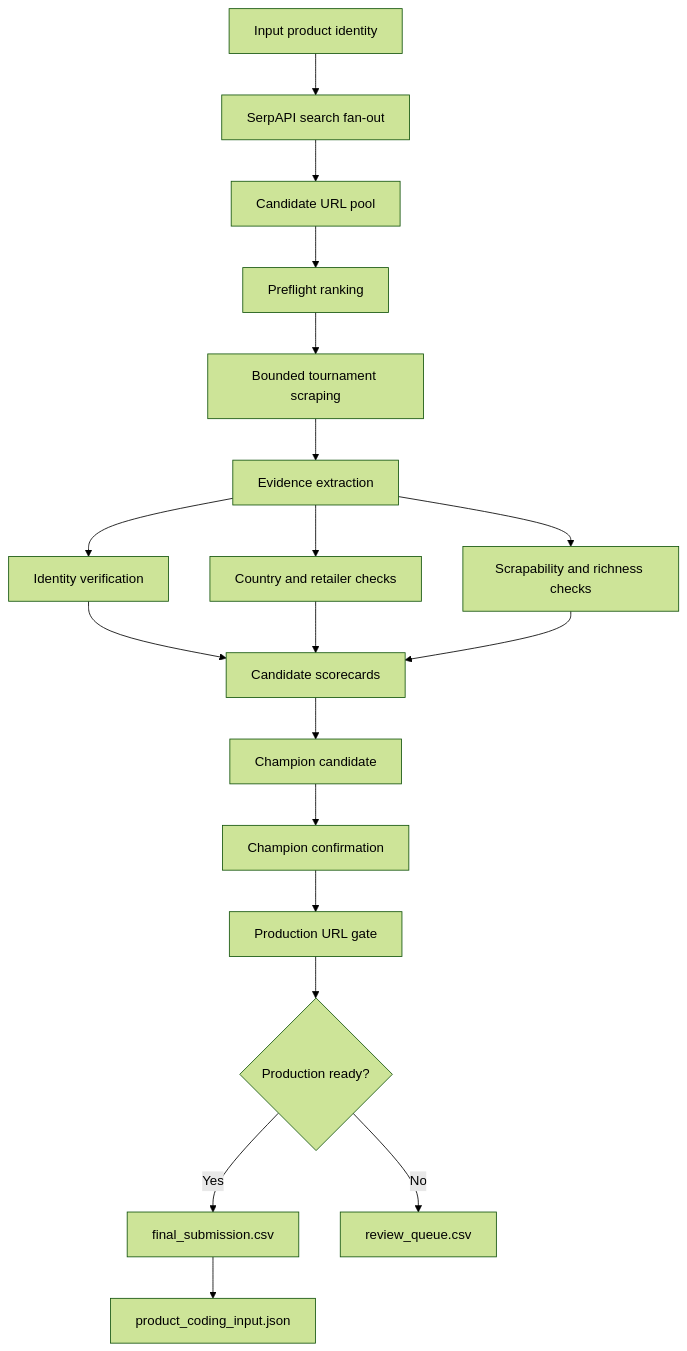
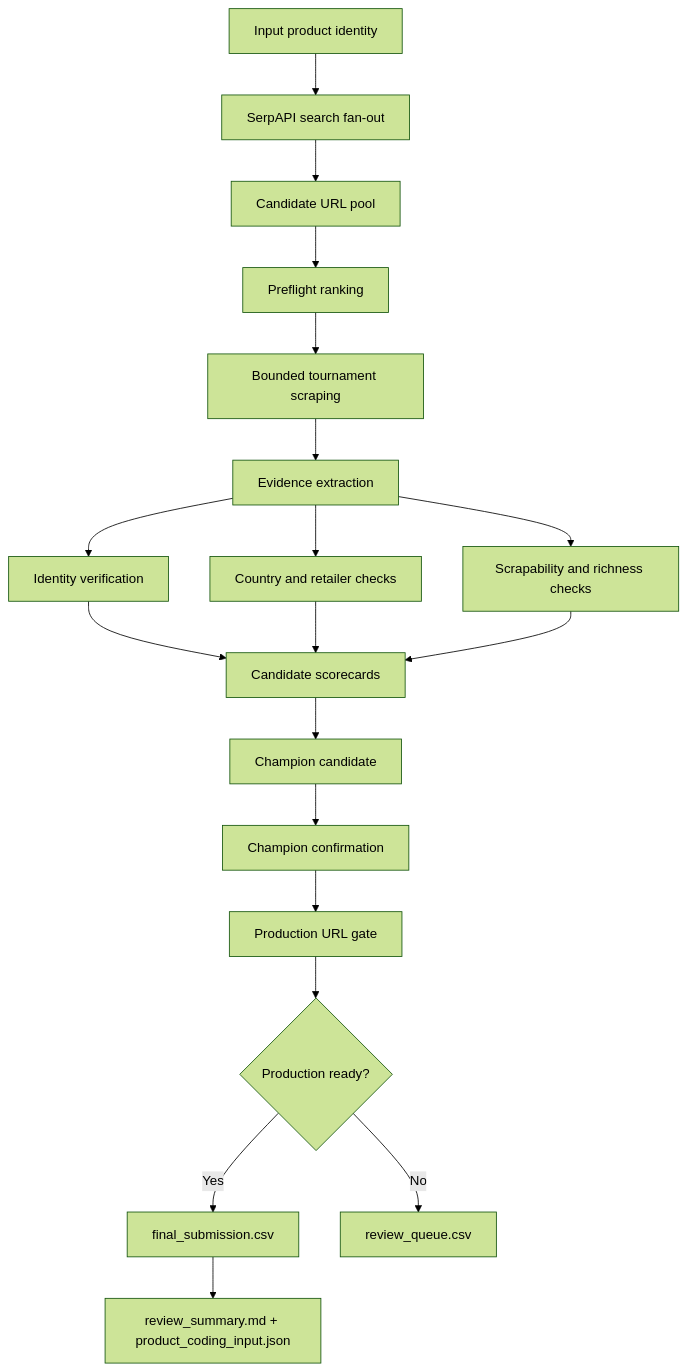
The second of 3 diagrams in README.md (Akilankm/web_search_tool), drawn with Mermaid (forest theme) before and after one commit. The commit also changed other lines of this file, not shown here.

Commit message:
Document concise default review artifacts

````diff
--- a/README.md
+++ b/README.md
@@ -49,21 +49,21 @@
 ```mermaid
 flowchart TD
     A[Input product identity] --> B[SerpAPI search fan-out]
     B --> C[Candidate URL pool]
     C --> D[Preflight ranking]
     D --> E[Bounded tournament scraping]
     E --> F[Evidence extraction]
     F --> G[Identity verification]
     F --> H[Country and retailer checks]
     F --> I[Scrapability and richness checks]
     G --> J[Candidate scorecards]
     H --> J
     I --> J
     J --> K[Champion candidate]
     K --> L[Champion confirmation]
     L --> M[Production URL gate]
     M --> N{Production ready?}
     N -->|Yes| O[final_submission.csv]
     N -->|No| P[review_queue.csv]
-    O --> Q[product_coding_input.json]
+    O --> Q[review_summary.md + product_coding_input.json]
 ```
````
